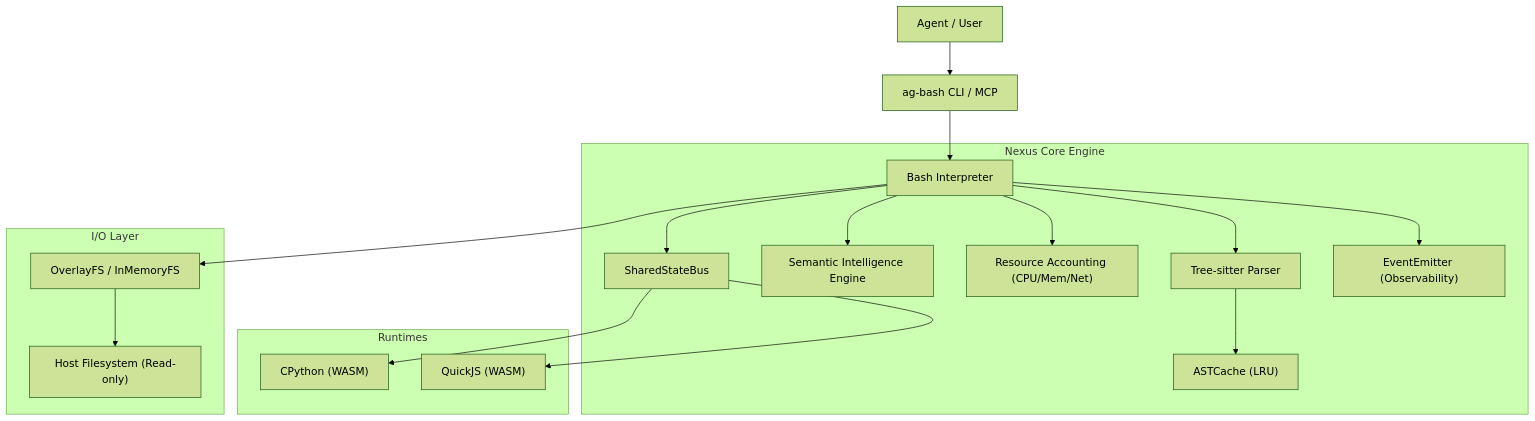
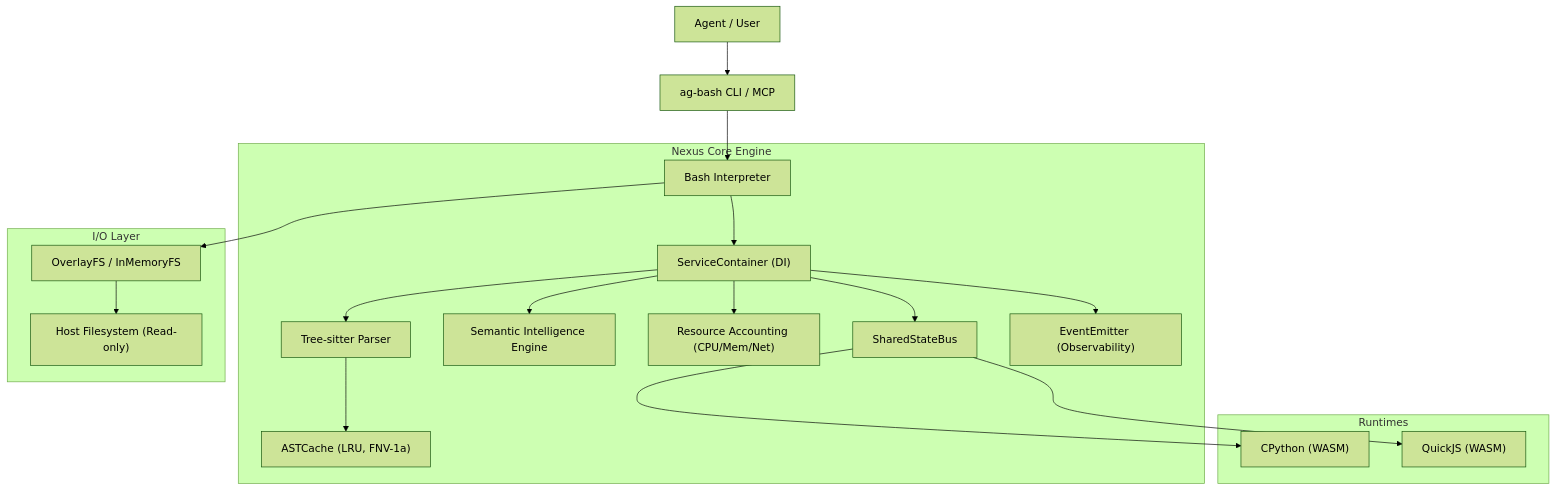
One commit to sairam0424/ag-bash changed the diagram in docs/ARCHITECTURE.md. Above: the diagram before and after it, drawn with Mermaid (forest theme). The commit also changed other lines of this file and 3 other files, not shown here.

First line of the commit message:
docs: update architecture, command registry, and user guide to v3.0.0

````diff
--- a/docs/ARCHITECTURE.md
+++ b/docs/ARCHITECTURE.md
@@ -11,24 +11,25 @@
 ```mermaid
 graph TD
     User["Agent / User"] --> CLI["ag-bash CLI / MCP"]
     CLI --> Interpreter["Bash Interpreter"]
     
     subgraph "Nexus Core Engine"
-        Interpreter --> Parser["Tree-sitter Parser"]
-        Parser --> ASTCache["ASTCache (LRU)"]
-        Interpreter --> Semantic["Semantic Intelligence Engine"]
-        Interpreter --> Accounting["Resource Accounting (CPU/Mem/Net)"]
-        Interpreter --> SharedBus["SharedStateBus"]
-        Interpreter --> Events["EventEmitter (Observability)"]
+        Interpreter --> ServiceContainer["ServiceContainer (DI)"]
+        ServiceContainer --> Parser["Tree-sitter Parser"]
+        Parser --> ASTCache["ASTCache (LRU, FNV-1a)"]
+        ServiceContainer --> Semantic["Semantic Intelligence Engine"]
+        ServiceContainer --> Accounting["Resource Accounting (CPU/Mem/Net)"]
+        ServiceContainer --> SharedBus["SharedStateBus"]
+        ServiceContainer --> Events["EventEmitter (Observability)"]
     end
     
     subgraph "Runtimes"
         SharedBus --> Python["CPython (WASM)"]
         SharedBus --> JS["QuickJS (WASM)"]
     end
     
     subgraph "I/O Layer"
         Interpreter --> VFS["OverlayFS / InMemoryFS"]
         VFS --> RealFS["Host Filesystem (Read-only)"]
     end
 ```
````
